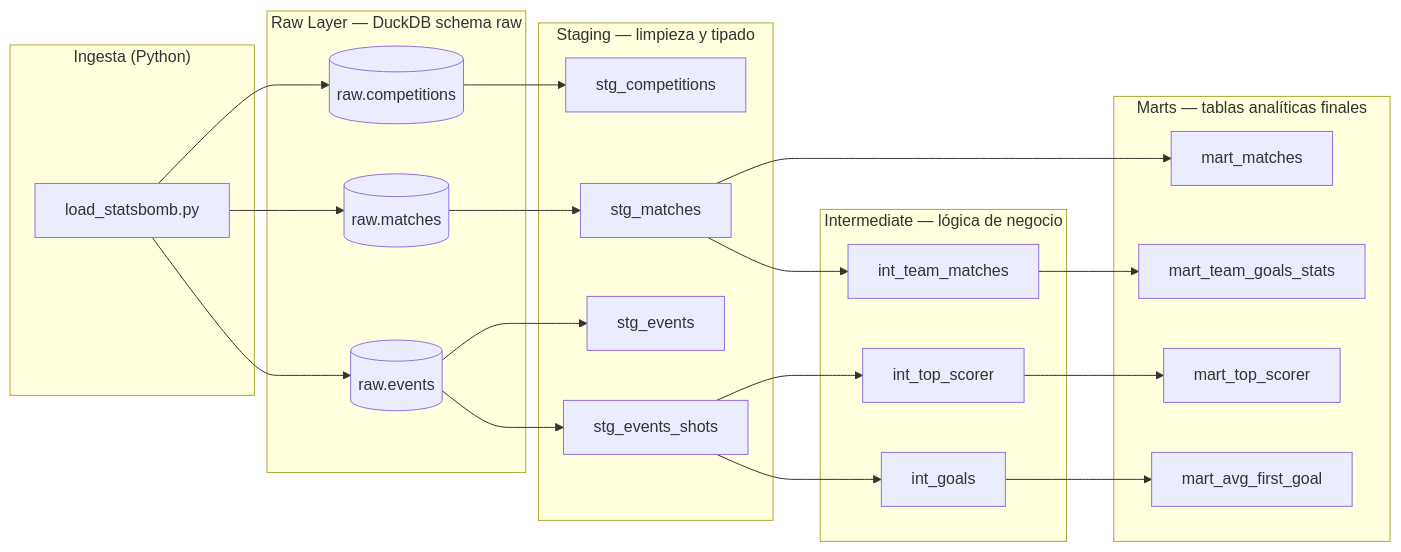
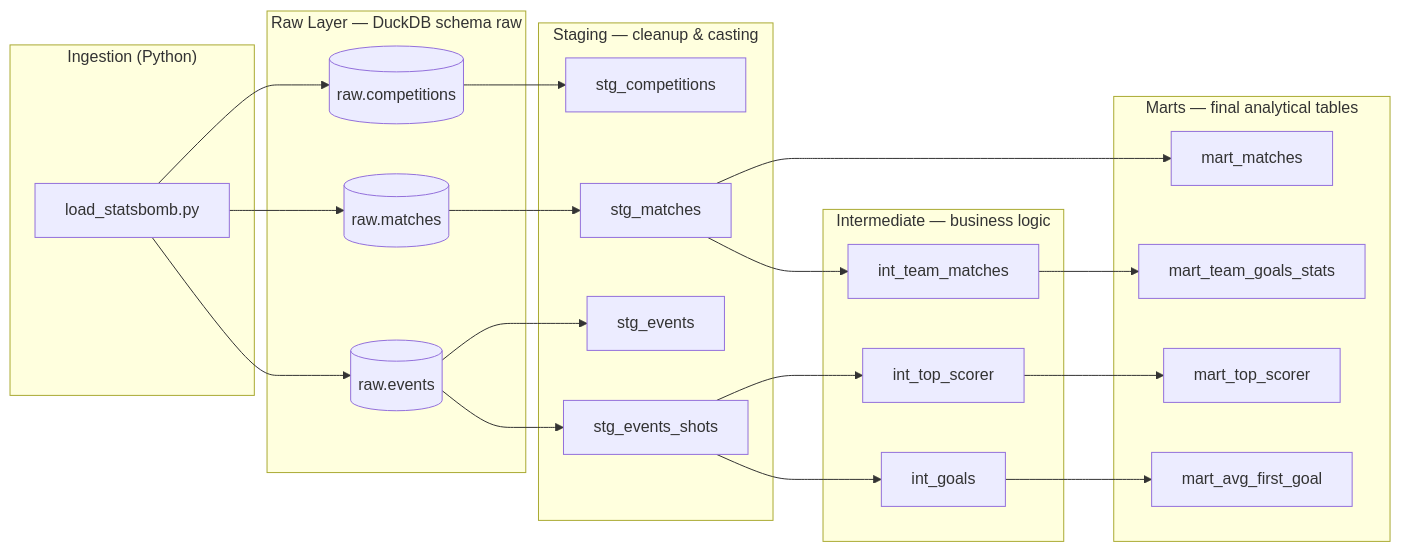
The diagram in README.md (MatiasPeralta03/football_dw), drawn with Mermaid before and after one commit. The commit also changed other lines of this file and 2 other files, not shown here.

Commit message:
Initial commit: dbt project with staging, intermediate and marts layers

````diff
--- a/README.md
+++ b/README.md
@@ -25,43 +25,43 @@
 ```mermaid
 flowchart LR
-    subgraph INGESTION ["Ingesta (Python)"]
+    subgraph INGESTION ["Ingestion (Python)"]
         PY["load_statsbomb.py"]
     end
 
     subgraph RAW ["Raw Layer — DuckDB schema raw"]
         R1[("raw.competitions")]
         R2[("raw.matches")]
         R3[("raw.events")]
     end
 
-    subgraph STAGING ["Staging — limpieza y tipado"]
+    subgraph STAGING ["Staging — cleanup & casting"]
         S1["stg_competitions"]
         S2["stg_matches"]
         S3["stg_events"]
         S4["stg_events_shots"]
     end
 
-    subgraph INTERMEDIATE ["Intermediate — lógica de negocio"]
+    subgraph INTERMEDIATE ["Intermediate — business logic"]
         I1["int_goals"]
         I2["int_team_matches"]
         I3["int_top_scorer"]
     end
 
-    subgraph MARTS ["Marts — tablas analíticas finales"]
+    subgraph MARTS ["Marts — final analytical tables"]
         M1["mart_matches"]
         M2["mart_team_goals_stats"]
         M3["mart_top_scorer"]
         M4["mart_avg_first_goal"]
     end
 
     PY --> R1 & R2 & R3
     R1 --> S1
     R2 --> S2
     R3 --> S3 & S4
     S4 --> I1 & I3
     S2 --> I2
     S2 --> M1
     I2 --> M2
     I3 --> M3
     I1 --> M4
 ```
````
